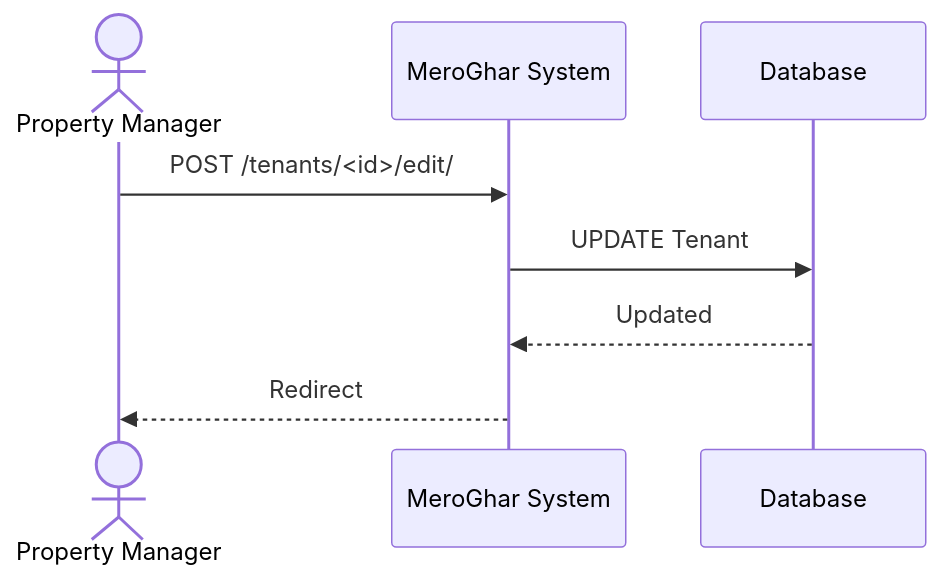
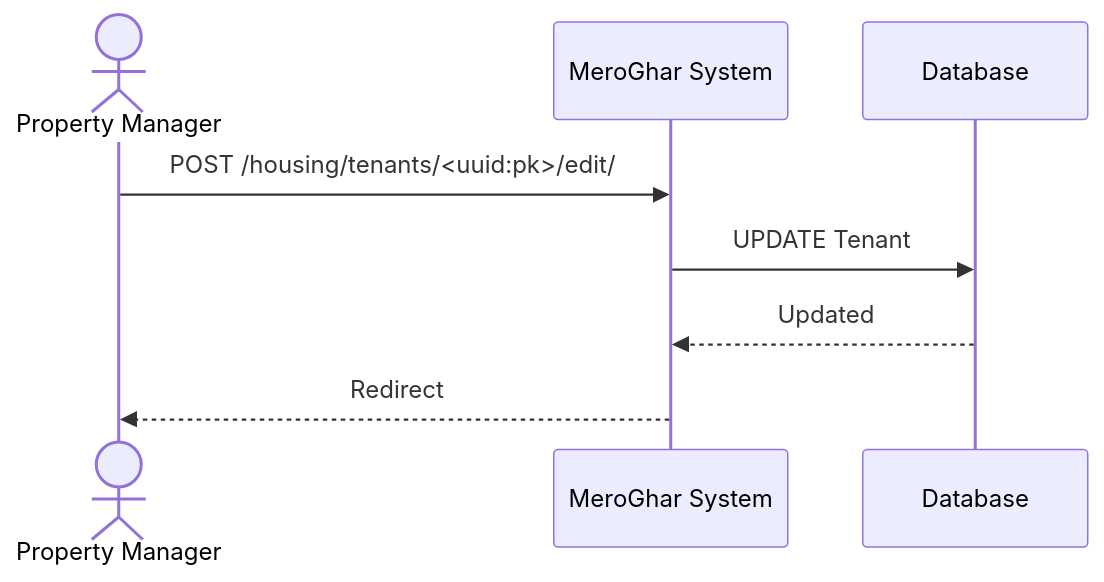
The third of 4 diagrams in docs/workflows/tenant.md (0Ankit0/meroghar), drawn with Mermaid before and after one commit. The commit also changed other lines of this file and 12 other files, not shown here.

````diff
--- a/docs/workflows/tenant.md
+++ b/docs/workflows/tenant.md
@@ -62,11 +62,11 @@
 ```mermaid
 sequenceDiagram
     actor Manager as Property Manager
     participant System as MeroGhar System
     participant DB as Database
 
-    Manager->>System: POST /tenants/<id>/edit/
+    Manager->>System: POST /housing/tenants/<uuid:pk>/edit/
     System->>DB: UPDATE Tenant
     DB-->>System: Updated
     System-->>Manager: Redirect
 ```
````
